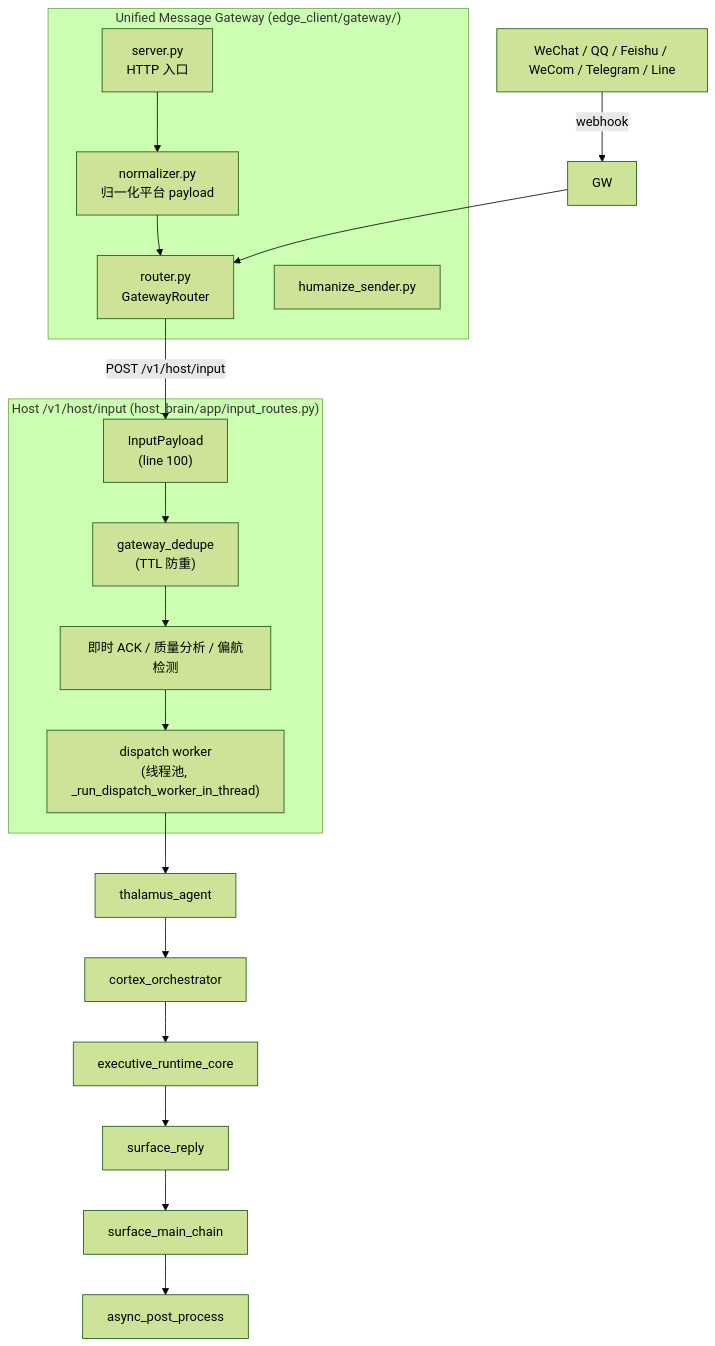
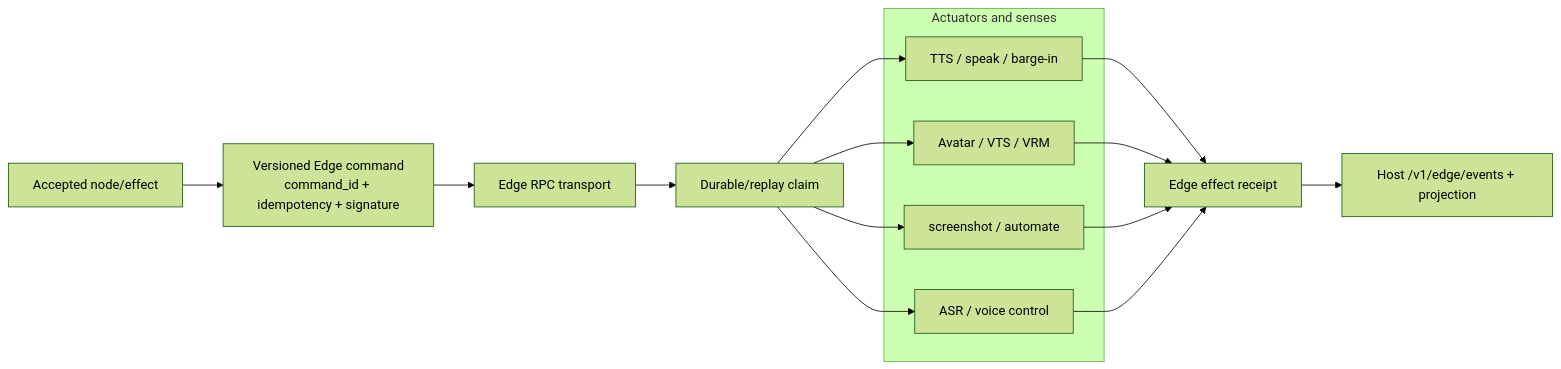
The third of 3 diagrams in docs/50_project/arch/diagrams/06_input_output_routes.md (SakuraYoruno/Natsume_Ai), drawn with Mermaid (forest theme) before and after one commit. The commit also changed other lines of this file and 57 other files, not shown here.

````diff
--- a/docs/50_project/arch/diagrams/06_input_output_routes.md
+++ b/docs/50_project/arch/diagrams/06_input_output_routes.md
@@ -22,30 +63,28 @@
 ```mermaid
-flowchart TD
-    P1["WeChat / QQ / Feishu / WeCom / Telegram / Line"] -->|webhook| GW
+flowchart LR
+    TASK["Accepted node/effect"]
+    CMD["Versioned Edge command\ncommand_id + idempotency + signature"]
+    RPC["Edge RPC transport"]
+    CLAIM["Durable/replay claim"]
 
-    subgraph Gateway["Unified Message Gateway (edge_client/gateway/)"]
-        SVR["server.py<br/>HTTP 入口"]
-        NORM["normalizer.py<br/>归一化平台 payload"]
-        ROUTER["router.py<br/>GatewayRouter"]
-        HUM["humanize_sender.py"]
-        SVR --> NORM --> ROUTER
+    subgraph Actions["Actuators and senses"]
+        SPEAK["TTS / speak / barge-in"]
+        AVATAR["Avatar / VTS / VRM"]
+        DESKTOP["screenshot / automate"]
+        ASR["ASR / voice control"]
     end
 
-    GW --> ROUTER
-    ROUTER -->|"POST /v1/host/input"| INR
+    RECEIPT["Edge effect receipt"]
+    EVENT["Host /v1/edge/events + projection"]
 
-    subgraph HostInput["Host /v1/host/input (host_brain/app/input_routes.py)"]
-        INR["InputPayload<br/>(line 100)"]
-        ACK["即时 ACK / 质量分析 / 偏航检测"]
-        DISP["dispatch worker<br/>(线程池, _run_dispatch_worker_in_thread)"]
-        DEDUP["gateway_dedupe<br/>(TTL 防重)"]
-        INR --> DEDUP --> ACK --> DISP
-    end
-
-    DISP --> THA["thalamus_agent"]
-    THA --> COR["cortex_orchestrator"]
-    COR --> ERT["executive_runtime_core"]
-    ERT --> CA["surface_reply"]
-    CA --> SC["surface_main_chain"]
-    SC --> POST["async_post_process"]
+    TASK --> CMD --> RPC --> CLAIM
+    CLAIM --> SPEAK
+    CLAIM --> AVATAR
+    CLAIM --> DESKTOP
+    CLAIM --> ASR
+    SPEAK --> RECEIPT
+    AVATAR --> RECEIPT
+    DESKTOP --> RECEIPT
+    ASR --> RECEIPT
+    RECEIPT --> EVENT
 ```
````
